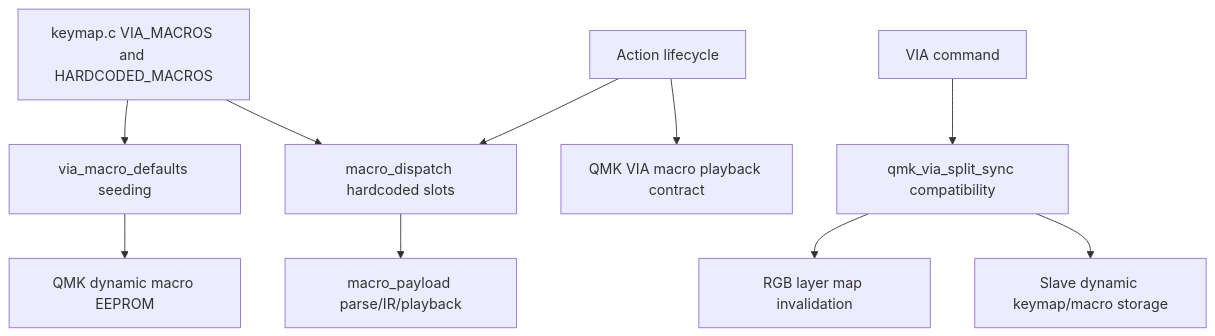
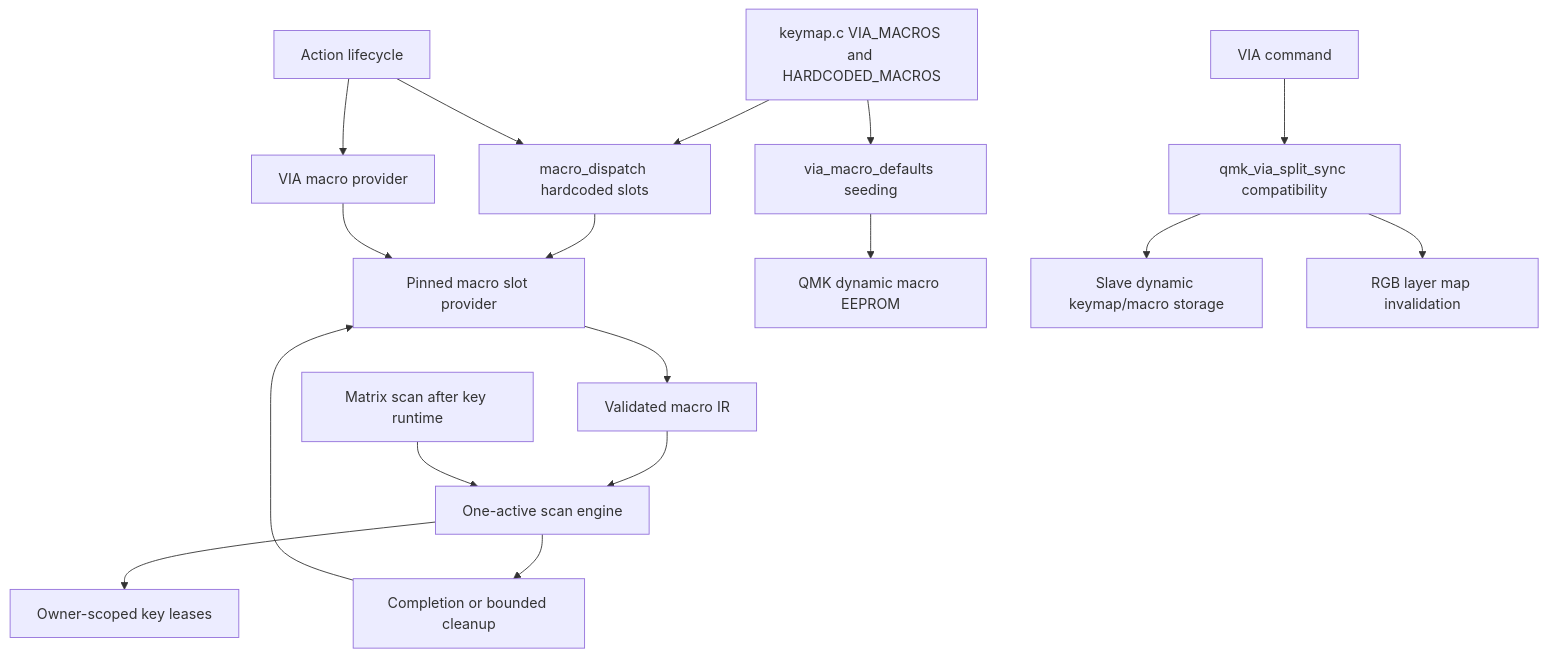
The ninth of 10 diagrams in docs/architecture/runtime-flow.md (NoahCLR/charybdis-4x6), drawn with Mermaid before and after one commit. The commit also changed other lines of this file and 32 other files, not shown here.

First line of the commit message:
Make macro playback scan-driven

````diff
--- a/docs/architecture/runtime-flow.md
+++ b/docs/architecture/runtime-flow.md
@@ -199,12 +199,19 @@
 ```mermaid
 flowchart TD
     keymap["keymap.c VIA_MACROS and HARDCODED_MACROS"] --> hardcoded["macro_dispatch hardcoded slots"]
     keymap --> via_defaults["via_macro_defaults seeding"]
-    action["Action lifecycle"] --> via_play["QMK VIA macro playback contract"]
+    action["Action lifecycle"] --> via_play["VIA macro provider"]
     action --> hardcoded
-    hardcoded --> payload["macro_payload parse/IR/playback"]
+    hardcoded --> provider["Pinned macro slot provider"]
+    via_play --> provider
+    provider --> payload["Validated macro IR"]
+    payload --> engine["One-active scan engine"]
+    scan["Matrix scan after key runtime"] --> engine
+    engine --> leases["Owner-scoped key leases"]
+    engine --> finish["Completion or bounded cleanup"]
+    finish --> provider
     via_defaults --> storage["QMK dynamic macro EEPROM"]
     via_command["VIA command"] --> via_split["qmk_via_split_sync compatibility"]
     via_split --> slave["Slave dynamic keymap/macro storage"]
     via_split --> rgb_invalidate["RGB layer map invalidation"]
 ```
````
